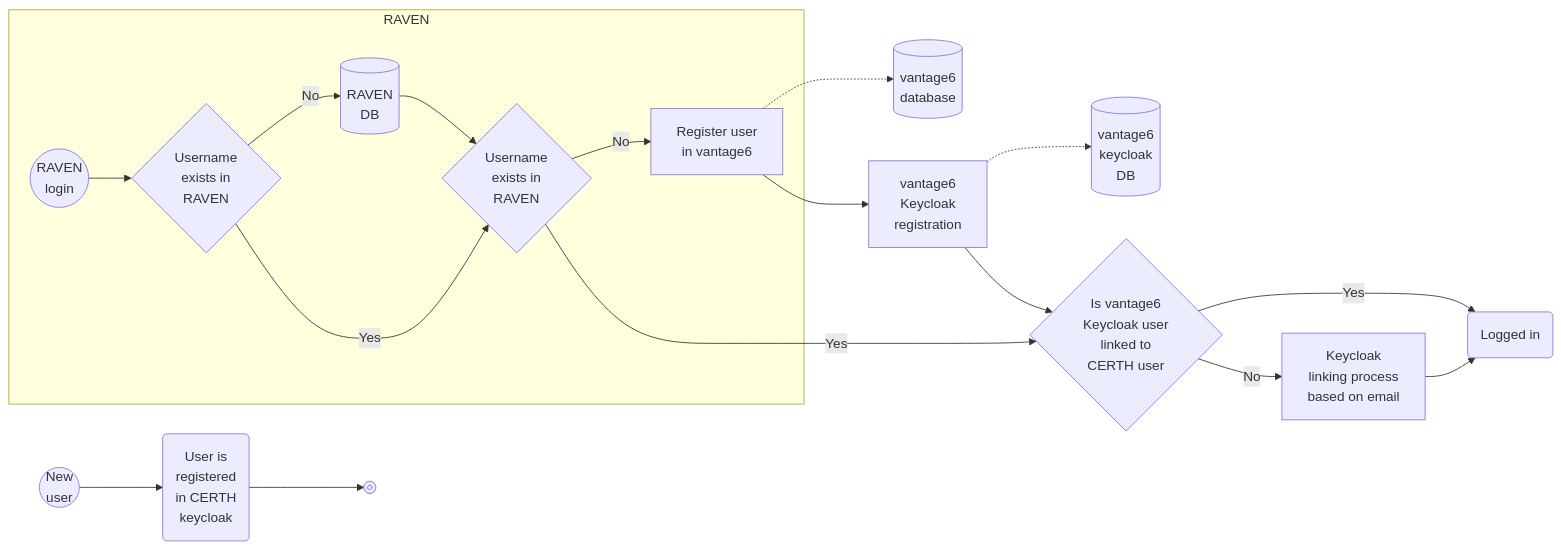
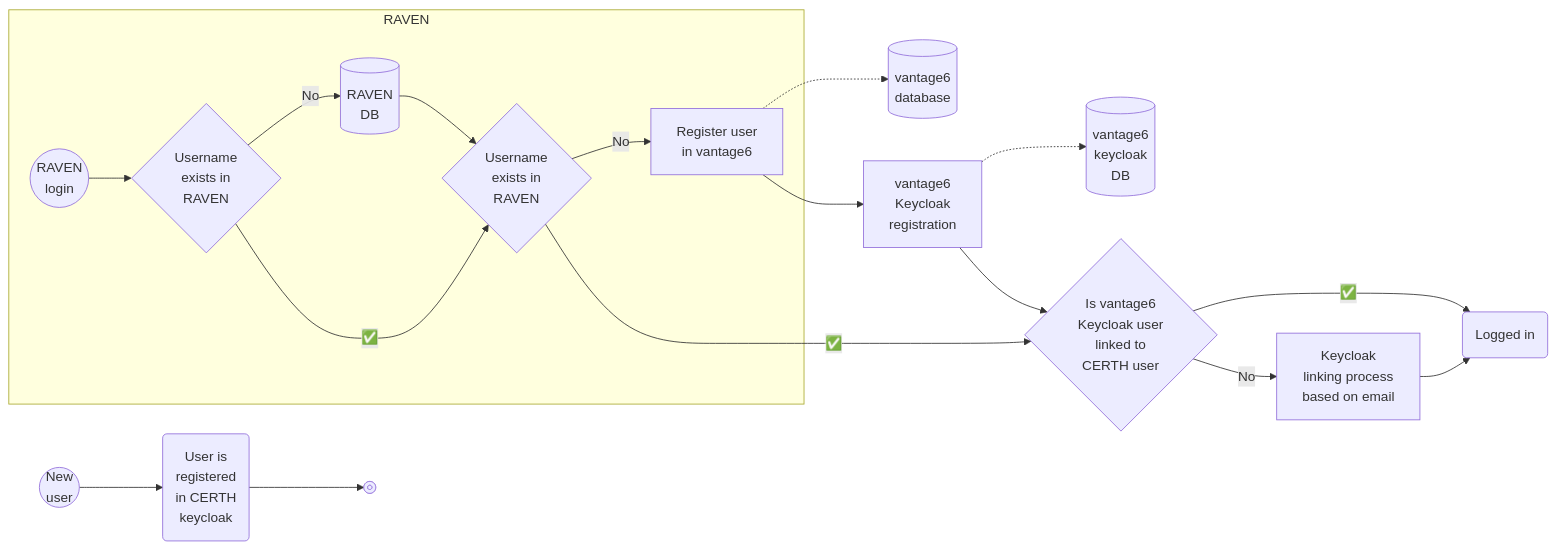
Before and after one commit to IKNL/idea4rc-vantage6-algorithms: the fourth of 4 diagrams in deliverables/README.md, drawn with Mermaid. The commit also changed other lines of this file and 2 other files, not shown here.

````diff
--- a/deliverables/README.md
+++ b/deliverables/README.md
@@ -231,47 +231,47 @@
 ```mermaid
 
 flowchart LR
 
 new_user@{shape: circle, label: "New\nuser"}
 register@{shape: rounded, label: "User is\nregistered\nin CERTH\nkeycloak"}
 stop@{ shape: framed-circle, label: "Stop" }
 
 new_user --> register
 register --> stop
 
 login@{shape: circle, label: "RAVEN\nlogin"}
 exists_raven_q@{shape: diam, label: "Username\nexists in\nRAVEN"}
 raven_db@{shape: cyl, label: "RAVEN\nDB"}
 exists_v6_q@{shape: diam, label: "Username\nexists in\nRAVEN"}
 register_v6@{label: "Register user\nin vantage6"}
 v6_db@{shape: cyl, label: "vantage6\ndatabase"}
 v6_kc_registration@{label: "vantage6\nKeycloak\nregistration"}
 v6_kc_db@{shape: cyl, label: "vantage6\nkeycloak\nDB"}
 is_linked@{shape: diam, label: "Is vantage6\nKeycloak user\nlinked to\nCERTH user"}
 kc_linking@{label: "Keycloak\nlinking process\nbased on email"}
 logged_in@{shape: rounded, label: "Logged in"}
 
 subgraph RAVEN
     login
     exists_raven_q
     raven_db
     register_v6
     exists_v6_q
 end
 
 login --> exists_raven_q
 exists_raven_q -- "No" --> raven_db
 raven_db --> exists_v6_q
-exists_raven_q -- "Yes" --> exists_v6_q
+exists_raven_q -- "✅" --> exists_v6_q
 exists_v6_q -- "No" --> register_v6
 register_v6 -.-> v6_db
 
 register_v6 --> v6_kc_registration
 v6_kc_registration -.-> v6_kc_db
 v6_kc_registration --> is_linked
 
-exists_v6_q -- "Yes" --> is_linked
+exists_v6_q -- "✅" --> is_linked
 is_linked -- "No" --> kc_linking
-is_linked -- "Yes" --> logged_in
+is_linked -- "✅" --> logged_in
 kc_linking --> logged_in
 ```
````
